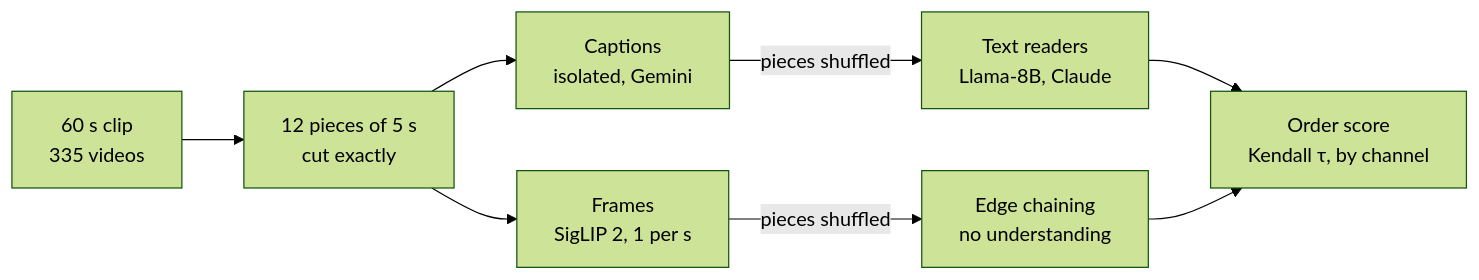
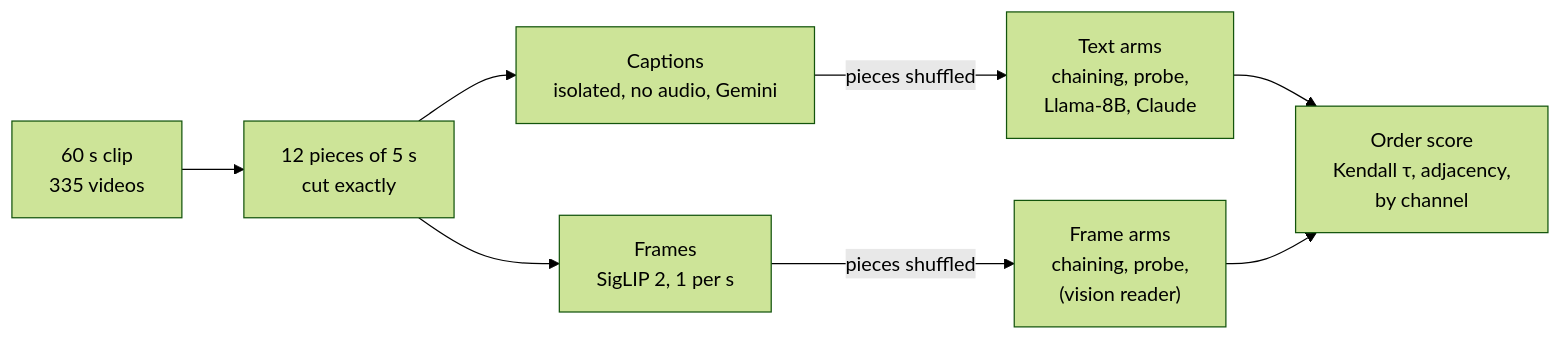
One commit to yh-github/caption_reconstruction changed the diagram in docs/new_direction/new_plan.md. Above: the diagram before and after it, drawn with Mermaid (forest theme). The commit also changed other lines of this file and 2 other files, not shown here.

````diff
--- a/docs/new_direction/new_plan.md
+++ b/docs/new_direction/new_plan.md
@@ -83,10 +85,10 @@
 ```mermaid
 flowchart LR
     clip["60 s clip<br/>335 videos"] --> pieces["12 pieces of 5 s<br/>cut exactly"]
-    pieces --> caps["Captions<br/>isolated, Gemini"]
+    pieces --> caps["Captions<br/>isolated, no audio, Gemini"]
     pieces --> frames["Frames<br/>SigLIP 2, 1 per s"]
-    caps -- "pieces shuffled" --> text["Text readers<br/>Llama-8B, Claude"]
-    frames -- "pieces shuffled" --> chain["Edge chaining<br/>no understanding"]
-    text --> score["Order score<br/>Kendall τ, by channel"]
+    caps -- "pieces shuffled" --> text["Text arms<br/>chaining, probe,<br/>Llama-8B, Claude"]
+    frames -- "pieces shuffled" --> chain["Frame arms<br/>chaining, probe,<br/>(vision reader)"]
+    text --> score["Order score<br/>Kendall τ, adjacency,<br/>by channel"]
     chain --> score
 ```
````
